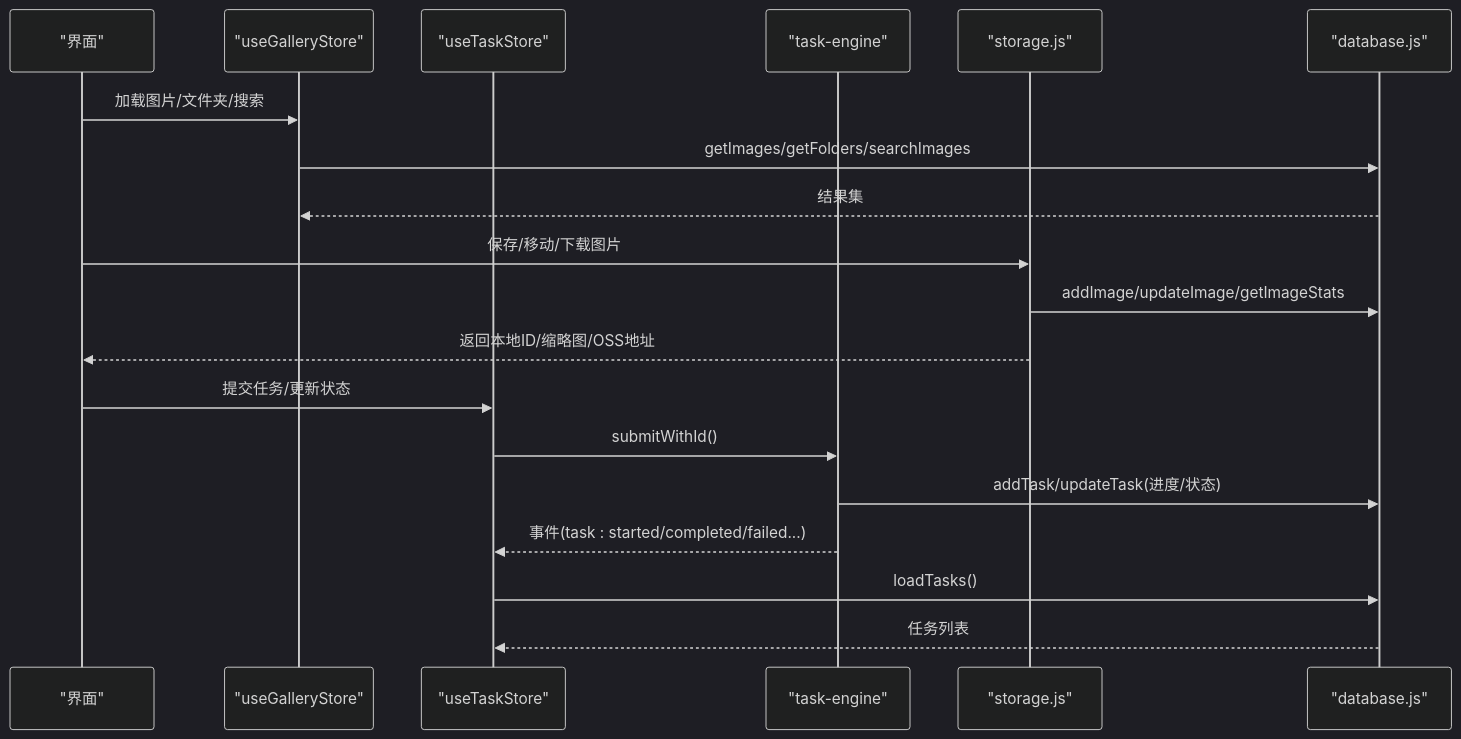
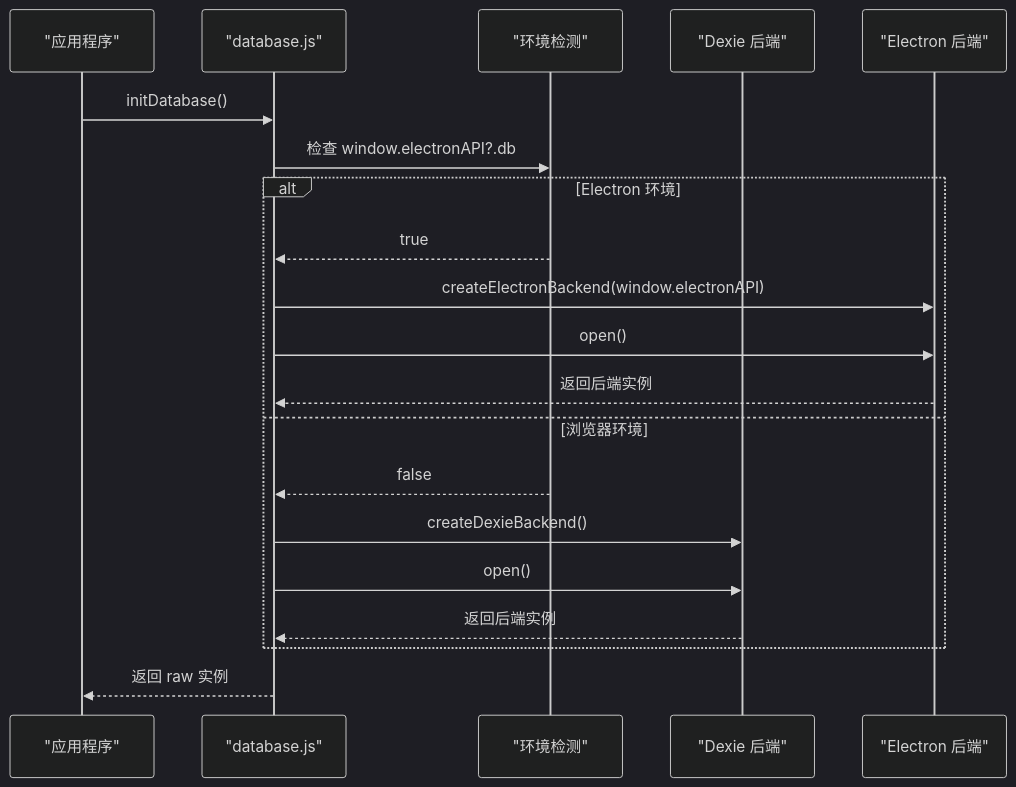
One commit to AlbusWei/AI-Image-Studio changed the second of 9 diagrams in .qoder/repowiki/zh/content/架构设计/数据流设计/数据库持久化.md. Above: the diagram before and after it, drawn with Mermaid (dark theme). The commit also changed other lines of this file and 37 other files, not shown here.

````diff
--- a/.qoder/repowiki/zh/content/架构设计/数据流设计/数据库持久化.md
+++ b/.qoder/repowiki/zh/content/架构设计/数据流设计/数据库持久化.md
@@ -86,21 +124,22 @@
 ```mermaid
 sequenceDiagram
-participant UI as "界面"
-participant GS as "useGalleryStore"
-participant TS as "useTaskStore"
-participant TE as "task-engine"
-participant ST as "storage.js"
-participant DB as "database.js"
-UI->>GS : 加载图片/文件夹/搜索
-GS->>DB : getImages/getFolders/searchImages
-DB-->>GS : 结果集
-UI->>ST : 保存/移动/下载图片
-ST->>DB : addImage/updateImage/getImageStats
-ST-->>UI : 返回本地ID/缩略图/OSS地址
-UI->>TS : 提交任务/更新状态
-TS->>TE : submitWithId()
-TE->>DB : addTask/updateTask(进度/状态)
-TE-->>TS : 事件(task : started/completed/failed...)
-TS->>DB : loadTasks()
-DB-->>TS : 任务列表
+participant App as "应用程序"
+participant Facade as "database.js"
+participant Env as "环境检测"
+participant Dexie as "Dexie 后端"
+participant Electron as "Electron 后端"
+App->>Facade : initDatabase()
+Facade->>Env : 检查 window.electronAPI?.db
+alt Electron 环境
+Env-->>Facade : true
+Facade->>Electron : createElectronBackend(window.electronAPI)
+Facade->>Electron : open()
+Electron-->>Facade : 返回后端实例
+else 浏览器环境
+Env-->>Facade : false
+Facade->>Dexie : createDexieBackend()
+Facade->>Dexie : open()
+Dexie-->>Facade : 返回后端实例
+end
+Facade-->>App : 返回 raw 实例
 ```
````
